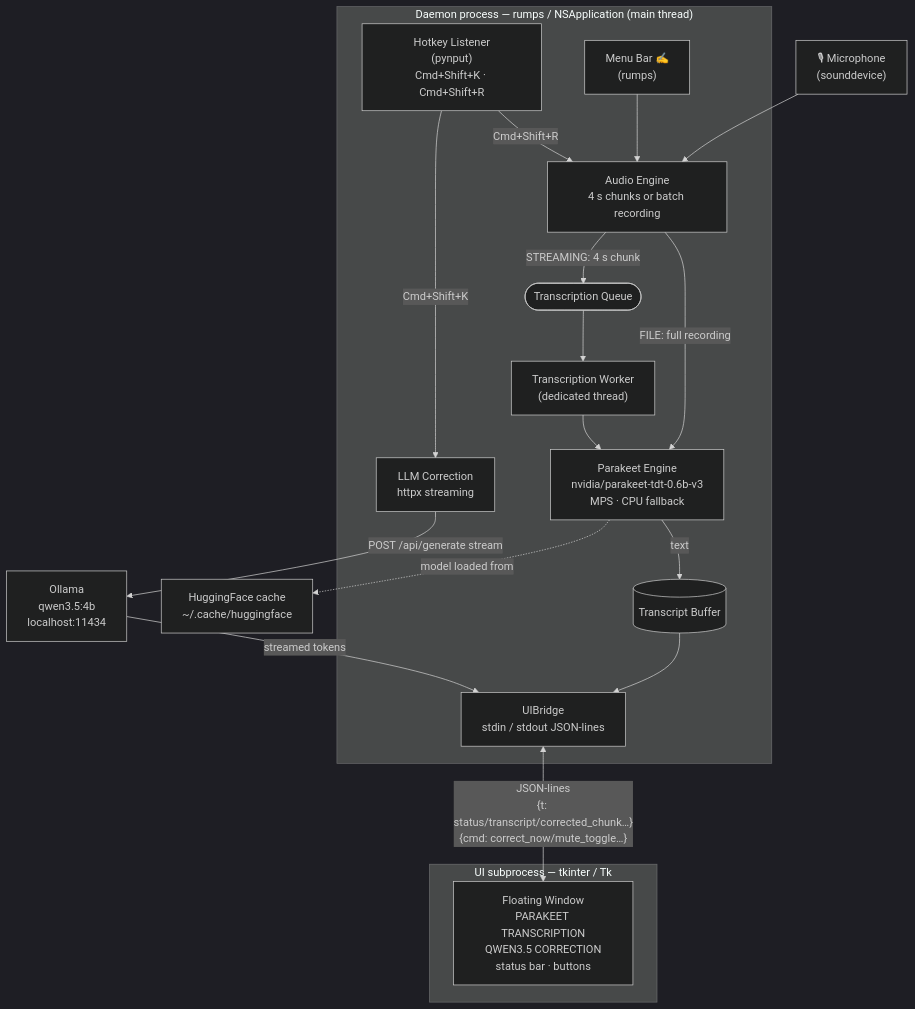
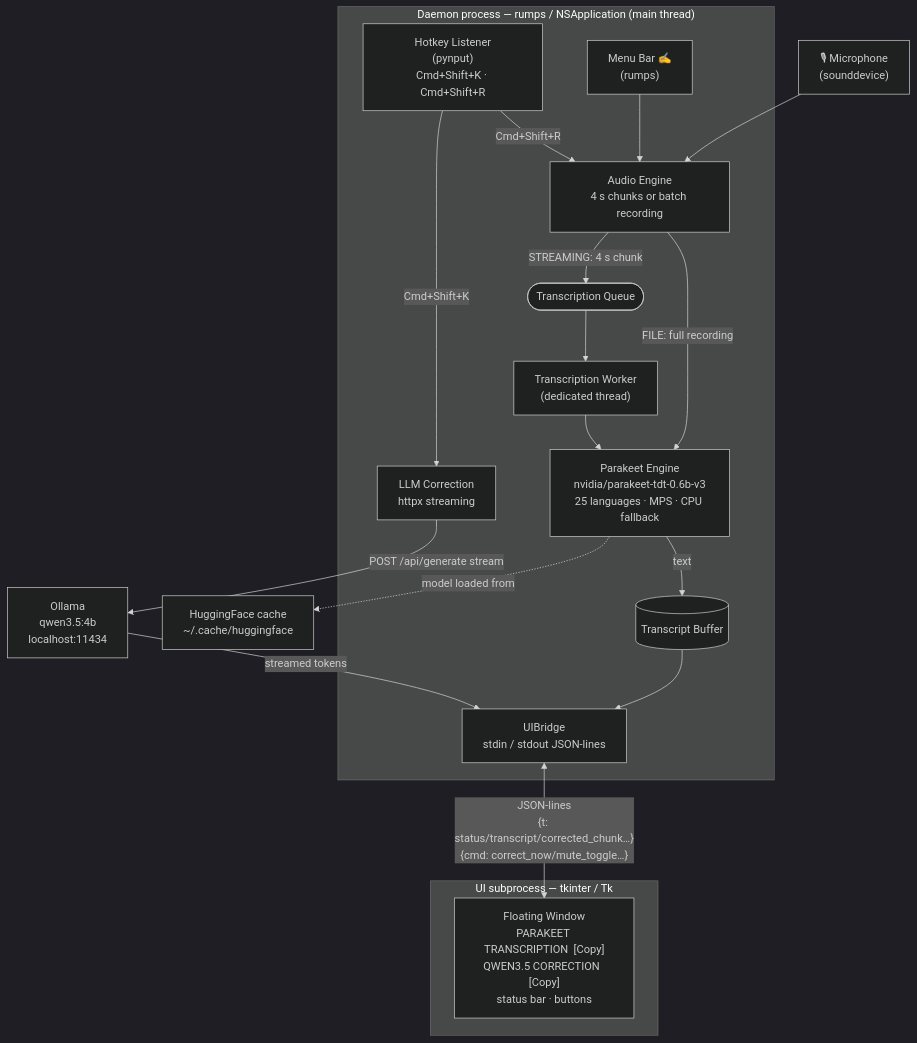
One commit to slchatham/dictation-corrector changed the diagram in README.md. Above: the diagram before and after it, drawn with Mermaid (dark theme). The commit also changed other lines of this file and 1 other file, not shown here.

First line of the commit message:
Add silence-aware chunking, Parakeet v3 multilingual, per-panel Copy buttons

````diff
--- a/README.md
+++ b/README.md
@@ -10,42 +10,42 @@
 ```mermaid
 graph TD
     MIC["🎙 Microphone\n(sounddevice)"]
 
     subgraph DAEMON["Daemon process — rumps / NSApplication (main thread)"]
         AE["Audio Engine\n4 s chunks or batch recording"]
         TQ(["Transcription Queue"])
         TW["Transcription Worker\n(dedicated thread)"]
-        PE["Parakeet Engine\nnvidia/parakeet-tdt-0.6b-v3\nMPS · CPU fallback"]
+        PE["Parakeet Engine\nnvidia/parakeet-tdt-0.6b-v3\n25 languages · MPS · CPU fallback"]
         BUF[("Transcript Buffer")]
         LC["LLM Correction\nhttpx streaming"]
         HK["Hotkey Listener\n(pynput)\nCmd+Shift+K · Cmd+Shift+R"]
         MB["Menu Bar ✍️\n(rumps)"]
         UB["UIBridge\nstdin / stdout JSON-lines"]
     end
 
     subgraph UI["UI subprocess — tkinter / Tk"]
-        WIN["Floating Window\nPARAKEET TRANSCRIPTION\nQWEN3.5 CORRECTION\nstatus bar · buttons"]
+        WIN["Floating Window\nPARAKEET TRANSCRIPTION  [Copy]\nQWEN3.5 CORRECTION  [Copy]\nstatus bar · buttons"]
     end
 
     OLLAMA["Ollama\nqwen3.5:4b\nlocalhost:11434"]
     HF["HuggingFace cache\n~/.cache/huggingface"]
 
     MIC --> AE
     AE -->|"STREAMING: 4 s chunk"| TQ
     TQ --> TW
     TW --> PE
     PE -.->|model loaded from| HF
     PE -->|text| BUF
     BUF --> UB
 
     HK -->|"Cmd+Shift+K"| LC
     HK -->|"Cmd+Shift+R"| AE
     MB --> AE
 
     LC -->|POST /api/generate stream| OLLAMA
     OLLAMA -->|streamed tokens| UB
 
     AE -->|"FILE: full recording"| PE
 
     UB <-->|"JSON-lines\n{t: status/transcript/corrected_chunk…}\n{cmd: correct_now/mute_toggle…}"| WIN
 ```
````
